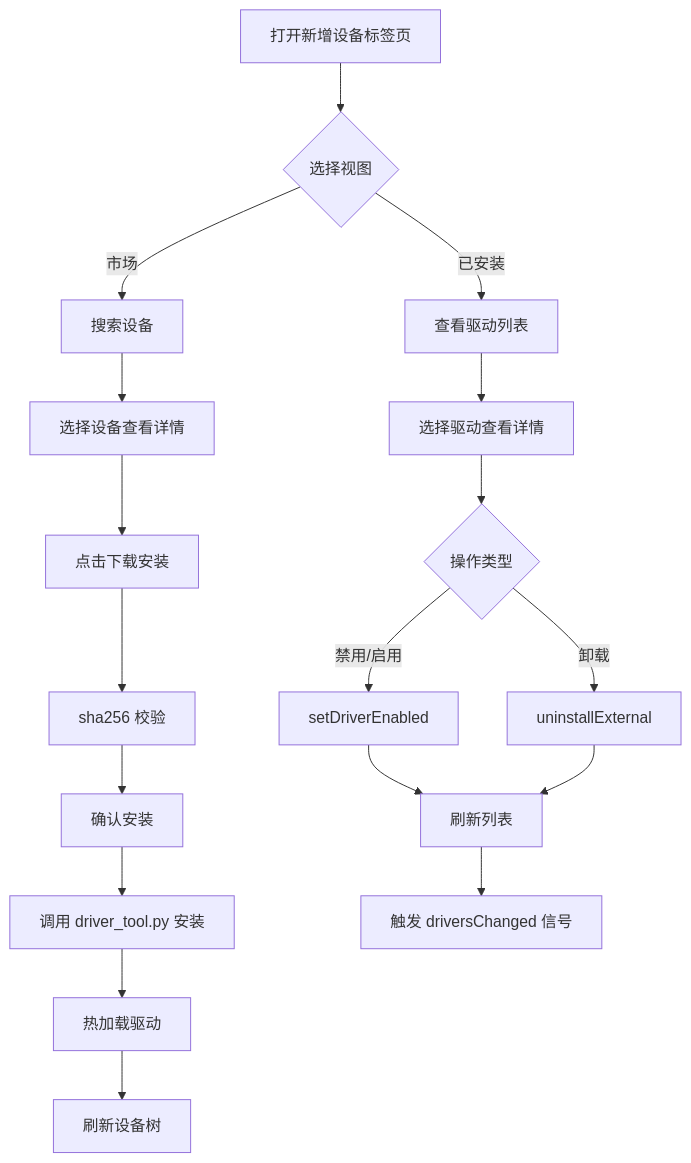
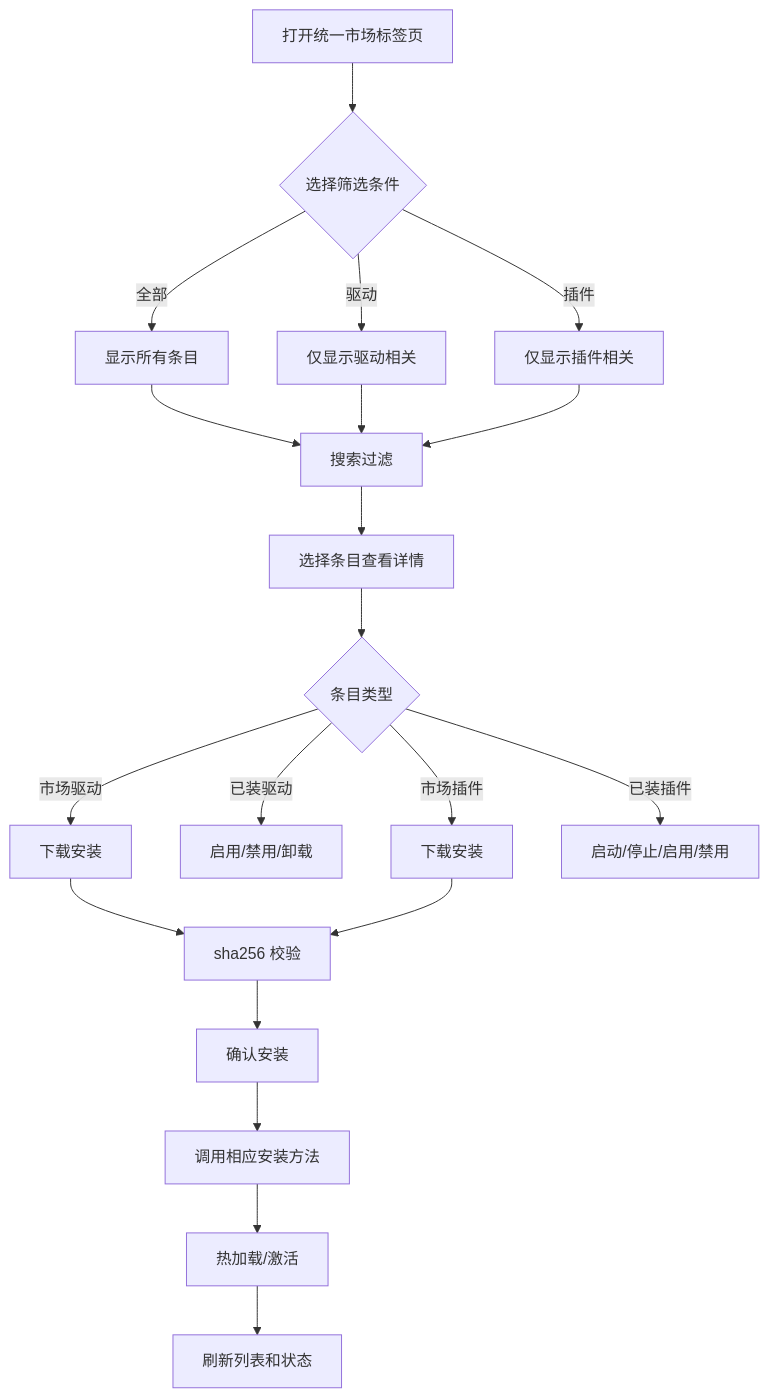
Before and after one commit to jakecai1225-design/OpenBus: the fourth of 10 diagrams in .qoder/repowiki/zh/content/架构设计/插件系统架构/扩展面板系统.md, drawn with Mermaid. The commit also changed other lines of this file and 70 other files, not shown here.

````diff
--- a/.qoder/repowiki/zh/content/架构设计/插件系统架构/扩展面板系统.md
+++ b/.qoder/repowiki/zh/content/架构设计/插件系统架构/扩展面板系统.md
@@ -254,20 +248,22 @@
 ```mermaid
 flowchart TD
-A["打开新增设备标签页"] --> B{"选择视图"}
-B --> |市场| C["搜索设备"]
-B --> |已安装| D["查看驱动列表"]
-C --> E["选择设备查看详情"]
-E --> F["点击下载安装"]
-F --> G["sha256 校验"]
-G --> H["确认安装"]
-H --> I["调用 driver_tool.py 安装"]
-I --> J["热加载驱动"]
-J --> K["刷新设备树"]
-D --> L["选择驱动查看详情"]
-L --> M{"操作类型"}
-M --> |禁用/启用| N["setDriverEnabled"]
-M --> |卸载| O["uninstallExternal"]
-N --> P["刷新列表"]
-O --> P
-P --> Q["触发 driversChanged 信号"]
+A["打开统一市场标签页"] --> B{"选择筛选条件"}
+B --> |全部| C["显示所有条目"]
+B --> |驱动| D["仅显示驱动相关"]
+B --> |插件| E["仅显示插件相关"]
+C --> F["搜索过滤"]
+D --> F
+E --> F
+F --> G["选择条目查看详情"]
+G --> H{"条目类型"}
+H --> |市场驱动| I["下载安装"]
+H --> |已装驱动| J["启用/禁用/卸载"]
+H --> |市场插件| K["下载安装"]
+H --> |已装插件| L["启动/停止/启用/禁用"]
+I --> M["sha256 校验"]
+K --> M
+M --> N["确认安装"]
+N --> O["调用相应安装方法"]
+O --> P["热加载/激活"]
+P --> Q["刷新列表和状态"]
 ```
````
